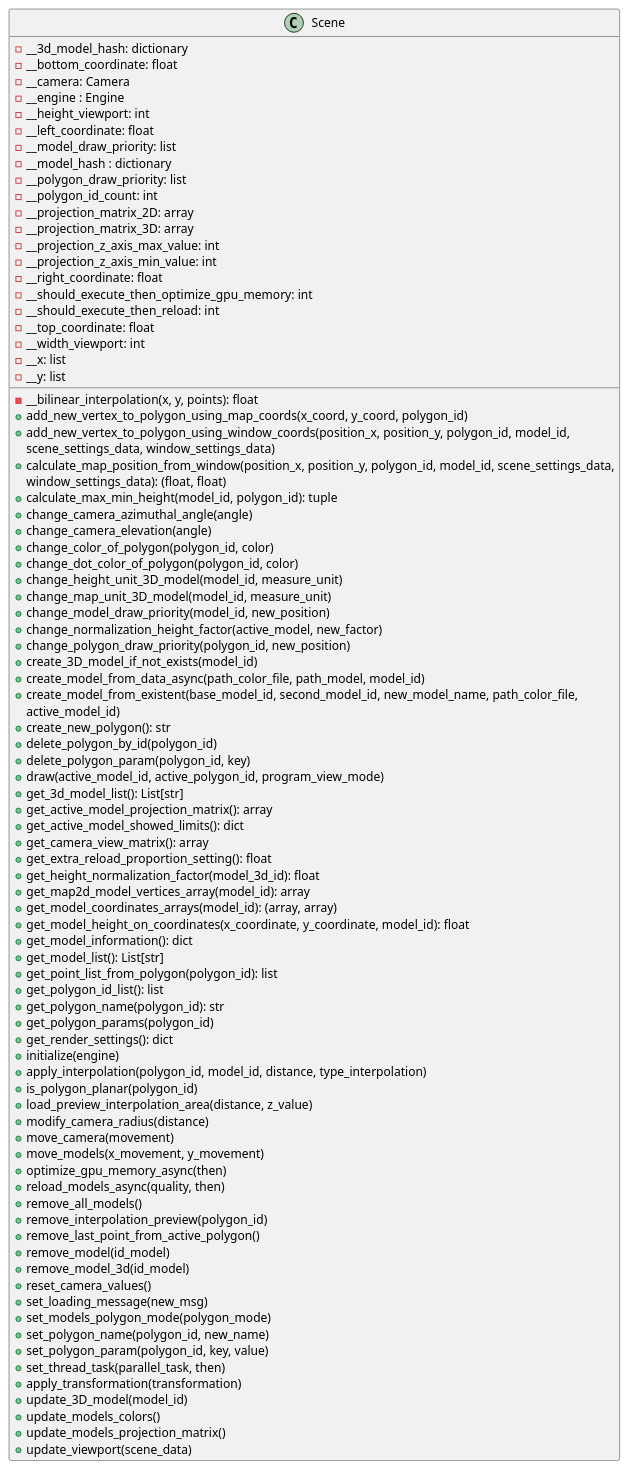
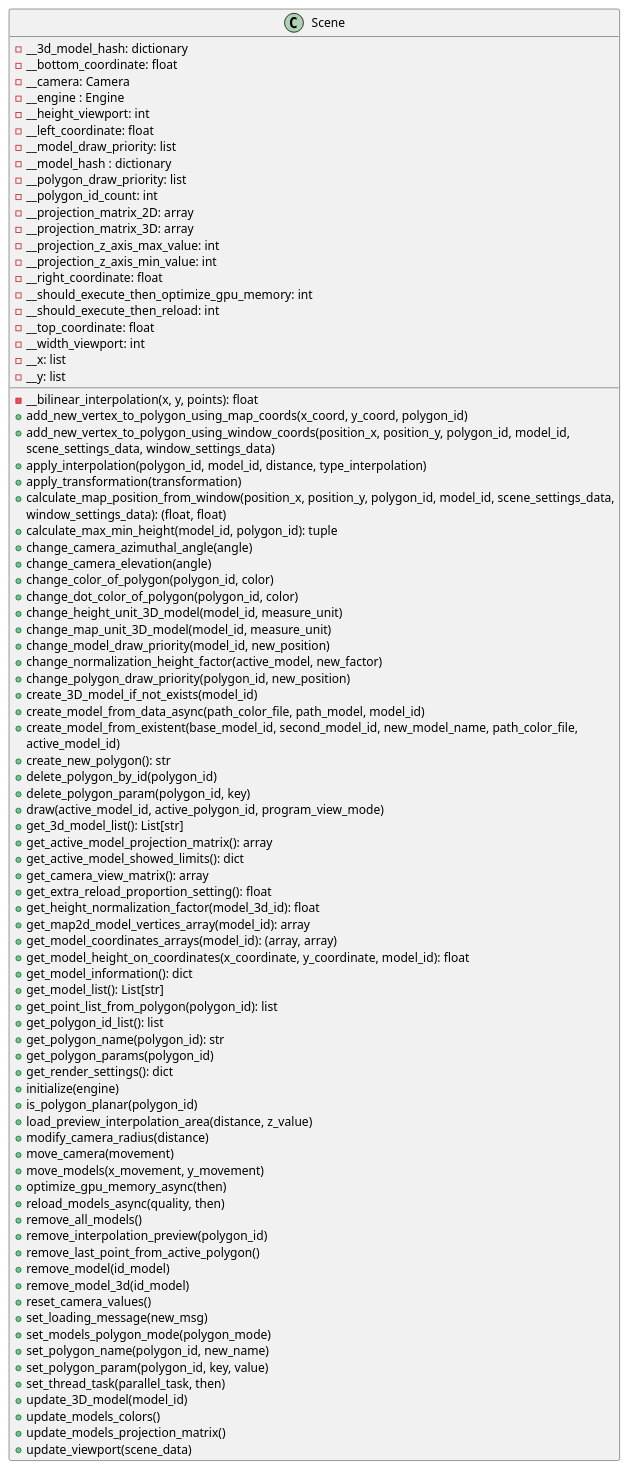
One commit to SergioAlvarezM/Proyecto_de_Memoria changed the diagram in docs/classes/Scene.puml. Above: the diagram before and after it, drawn with PlantUML. The commit also changed 5 other files, not shown here.

```diff
--- a/docs/classes/Scene.puml
+++ b/docs/classes/Scene.puml
@@ -1,91 +1,91 @@
 @startuml
-            class Scene{
-                - __bilinear_interpolation(x, y, points): float
-                + add_new_vertex_to_polygon_using_map_coords(x_coord, y_coord, polygon_id)
-                + add_new_vertex_to_polygon_using_window_coords(position_x, position_y, polygon_id, model_id,
-                                                                scene_settings_data, window_settings_data)
-                + calculate_map_position_from_window(position_x, position_y, polygon_id, model_id, scene_settings_data,
-                                                       window_settings_data): (float, float)
-                + calculate_max_min_height(model_id, polygon_id): tuple
-                + change_camera_azimuthal_angle(angle)
-                + change_camera_elevation(angle)
-                + change_color_of_polygon(polygon_id, color)
-                + change_dot_color_of_polygon(polygon_id, color)
-                + change_height_unit_3D_model(model_id, measure_unit)
-                + change_map_unit_3D_model(model_id, measure_unit)
-                + change_model_draw_priority(model_id, new_position)
-                + change_normalization_height_factor(active_model, new_factor)
-                + change_polygon_draw_priority(polygon_id, new_position)
-                + create_3D_model_if_not_exists(model_id)
-                + create_model_from_data_async(path_color_file, path_model, model_id)
-                + create_model_from_existent(base_model_id, second_model_id, new_model_name, path_color_file,
-                                              active_model_id)
-                + create_new_polygon(): str
-                + delete_polygon_by_id(polygon_id)
-                + delete_polygon_param(polygon_id, key)
-                + draw(active_model_id, active_polygon_id, program_view_mode)
-                + get_3d_model_list(): List[str]
-                + get_active_model_projection_matrix(): array
-                + get_active_model_showed_limits(): dict
-                + get_camera_view_matrix(): array
-                + get_extra_reload_proportion_setting(): float
-                + get_height_normalization_factor(model_3d_id): float
-                + get_map2d_model_vertices_array(model_id): array
-                + get_model_coordinates_arrays(model_id): (array, array)
-                + get_model_height_on_coordinates(x_coordinate, y_coordinate, model_id): float
-                + get_model_information(): dict
-                + get_model_list(): List[str]
-                + get_point_list_from_polygon(polygon_id): list
-                + get_polygon_id_list(): list
-                + get_polygon_name(polygon_id): str
-                + get_polygon_params(polygon_id)
-                + get_render_settings(): dict
-                + initialize(engine)
-                + apply_interpolation(polygon_id, model_id, distance, type_interpolation)
-                + is_polygon_planar(polygon_id)
-                + load_preview_interpolation_area(distance, z_value)
-                + modify_camera_radius(distance)
-                + move_camera(movement)
-                + move_models(x_movement, y_movement)
-                + optimize_gpu_memory_async(then)
-                + reload_models_async(quality, then)
-                + remove_all_models()
-                + remove_interpolation_preview(polygon_id)
-                + remove_last_point_from_active_polygon()
-                + remove_model(id_model)
-                + remove_model_3d(id_model)
-                + reset_camera_values()
-                + set_loading_message(new_msg)
-                + set_models_polygon_mode(polygon_mode)
-                + set_polygon_name(polygon_id, new_name)
-                + set_polygon_param(polygon_id, key, value)
-                + set_thread_task(parallel_task, then)
-                + apply_transformation(transformation)
-                + update_3D_model(model_id)
-                + update_models_colors()
-                + update_models_projection_matrix()
-                + update_viewport(scene_data)
+    class Scene{
+        - __bilinear_interpolation(x, y, points): float
+        + add_new_vertex_to_polygon_using_map_coords(x_coord, y_coord, polygon_id)
+        + add_new_vertex_to_polygon_using_window_coords(position_x, position_y, polygon_id, model_id,
+                                                        scene_settings_data, window_settings_data)
+        + apply_interpolation(polygon_id, model_id, distance, type_interpolation)
+        + apply_transformation(transformation)
+        + calculate_map_position_from_window(position_x, position_y, polygon_id, model_id, scene_settings_data,
+                                               window_settings_data): (float, float)
+        + calculate_max_min_height(model_id, polygon_id): tuple
+        + change_camera_azimuthal_angle(angle)
+        + change_camera_elevation(angle)
+        + change_color_of_polygon(polygon_id, color)
+        + change_dot_color_of_polygon(polygon_id, color)
+        + change_height_unit_3D_model(model_id, measure_unit)
+        + change_map_unit_3D_model(model_id, measure_unit)
+        + change_model_draw_priority(model_id, new_position)
+        + change_normalization_height_factor(active_model, new_factor)
+        + change_polygon_draw_priority(polygon_id, new_position)
+        + create_3D_model_if_not_exists(model_id)
+        + create_model_from_data_async(path_color_file, path_model, model_id)
+        + create_model_from_existent(base_model_id, second_model_id, new_model_name, path_color_file,
+                                      active_model_id)
+        + create_new_polygon(): str
+        + delete_polygon_by_id(polygon_id)
+        + delete_polygon_param(polygon_id, key)
+        + draw(active_model_id, active_polygon_id, program_view_mode)
+        + get_3d_model_list(): List[str]
+        + get_active_model_projection_matrix(): array
+        + get_active_model_showed_limits(): dict
+        + get_camera_view_matrix(): array
+        + get_extra_reload_proportion_setting(): float
+        + get_height_normalization_factor(model_3d_id): float
+        + get_map2d_model_vertices_array(model_id): array
+        + get_model_coordinates_arrays(model_id): (array, array)
+        + get_model_height_on_coordinates(x_coordinate, y_coordinate, model_id): float
+        + get_model_information(): dict
+        + get_model_list(): List[str]
+        + get_point_list_from_polygon(polygon_id): list
+        + get_polygon_id_list(): list
+        + get_polygon_name(polygon_id): str
+        + get_polygon_params(polygon_id)
+        + get_render_settings(): dict
+        + initialize(engine)
+        + is_polygon_planar(polygon_id)
+        + load_preview_interpolation_area(distance, z_value)
+        + modify_camera_radius(distance)
+        + move_camera(movement)
+        + move_models(x_movement, y_movement)
+        + optimize_gpu_memory_async(then)
+        + reload_models_async(quality, then)
+        + remove_all_models()
+        + remove_interpolation_preview(polygon_id)
+        + remove_last_point_from_active_polygon()
+        + remove_model(id_model)
+        + remove_model_3d(id_model)
+        + reset_camera_values()
+        + set_loading_message(new_msg)
+        + set_models_polygon_mode(polygon_mode)
+        + set_polygon_name(polygon_id, new_name)
+        + set_polygon_param(polygon_id, key, value)
+        + set_thread_task(parallel_task, then)
+        + update_3D_model(model_id)
+        + update_models_colors()
+        + update_models_projection_matrix()
+        + update_viewport(scene_data)
 
-                - __3d_model_hash: dictionary
-                - __bottom_coordinate: float
-                - __camera: Camera
-                - __engine : Engine
-                - __height_viewport: int
-                - __left_coordinate: float
-                - __model_draw_priority: list
-                - __model_hash : dictionary
-                - __polygon_draw_priority: list
-                - __polygon_id_count: int
-                - __projection_matrix_2D: array
-                - __projection_matrix_3D: array
-                - __projection_z_axis_max_value: int
-                - __projection_z_axis_min_value: int
-                - __right_coordinate: float
-                - __should_execute_then_optimize_gpu_memory: int
-                - __should_execute_then_reload: int
-                - __top_coordinate: float
-                - __width_viewport: int
-                - __x: list
-                - __y: list
-            }
+        - __3d_model_hash: dictionary
+        - __bottom_coordinate: float
+        - __camera: Camera
+        - __engine : Engine
+        - __height_viewport: int
+        - __left_coordinate: float
+        - __model_draw_priority: list
+        - __model_hash : dictionary
+        - __polygon_draw_priority: list
+        - __polygon_id_count: int
+        - __projection_matrix_2D: array
+        - __projection_matrix_3D: array
+        - __projection_z_axis_max_value: int
+        - __projection_z_axis_min_value: int
+        - __right_coordinate: float
+        - __should_execute_then_optimize_gpu_memory: int
+        - __should_execute_then_reload: int
+        - __top_coordinate: float
+        - __width_viewport: int
+        - __x: list
+        - __y: list
+    }
 @enduml
```
